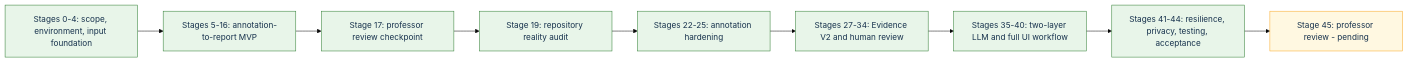
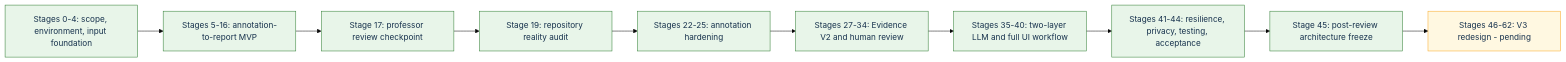
One commit to parhamKIY/CLINCAL_VARIANT_WEB_APPLICATION changed the first of 2 diagrams in docs/PROJECT_DECLARATION.md. Above: the diagram before and after it, drawn with Mermaid (base theme). The commit also changed other lines of this file and 3 other files, not shown here.

Commit message:
docs: freeze Stage 45 post-review architecture contract

````diff
--- a/docs/PROJECT_DECLARATION.md
+++ b/docs/PROJECT_DECLARATION.md
@@ -54,16 +61,17 @@
 ```mermaid
 flowchart LR
     A["Stages 0-4: scope, environment, input foundation"] --> B["Stages 5-16: annotation-to-report MVP"]
     B --> C["Stage 17: professor review checkpoint"]
     C --> D["Stage 19: repository reality audit"]
     D --> E["Stages 22-25: annotation hardening"]
     E --> F["Stages 27-34: Evidence V2 and human review"]
     F --> G["Stages 35-40: two-layer LLM and full UI workflow"]
     G --> H["Stages 41-44: resilience, privacy, testing, acceptance"]
-    H --> I["Stage 45: professor review - pending"]
+    H --> I["Stage 45: post-review architecture freeze"]
+    I --> J["Stages 46-62: V3 redesign - pending"]
 
     classDef done fill:#e8f5e9,stroke:#2e7d32,color:#17324d
     classDef review fill:#fff8e1,stroke:#f9a825,color:#17324d
-    class A,B,C,D,E,F,G,H done
-    class I review
+    class A,B,C,D,E,F,G,H,I done
+    class J review
 ```
````
